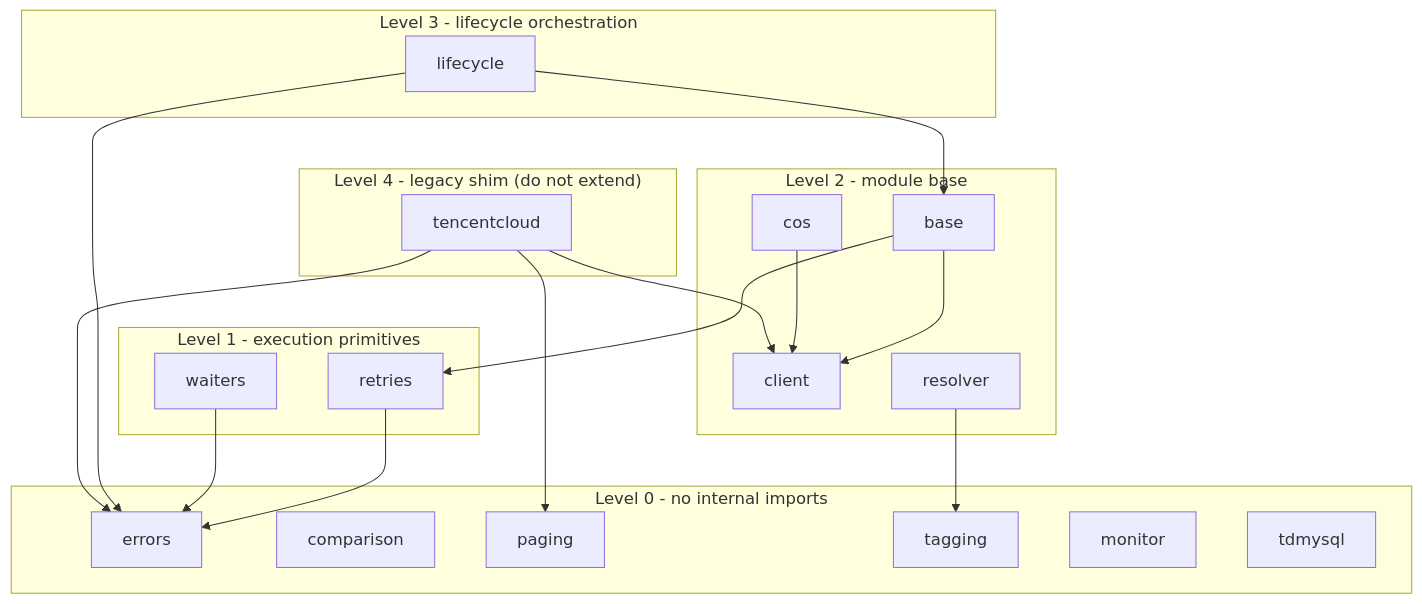
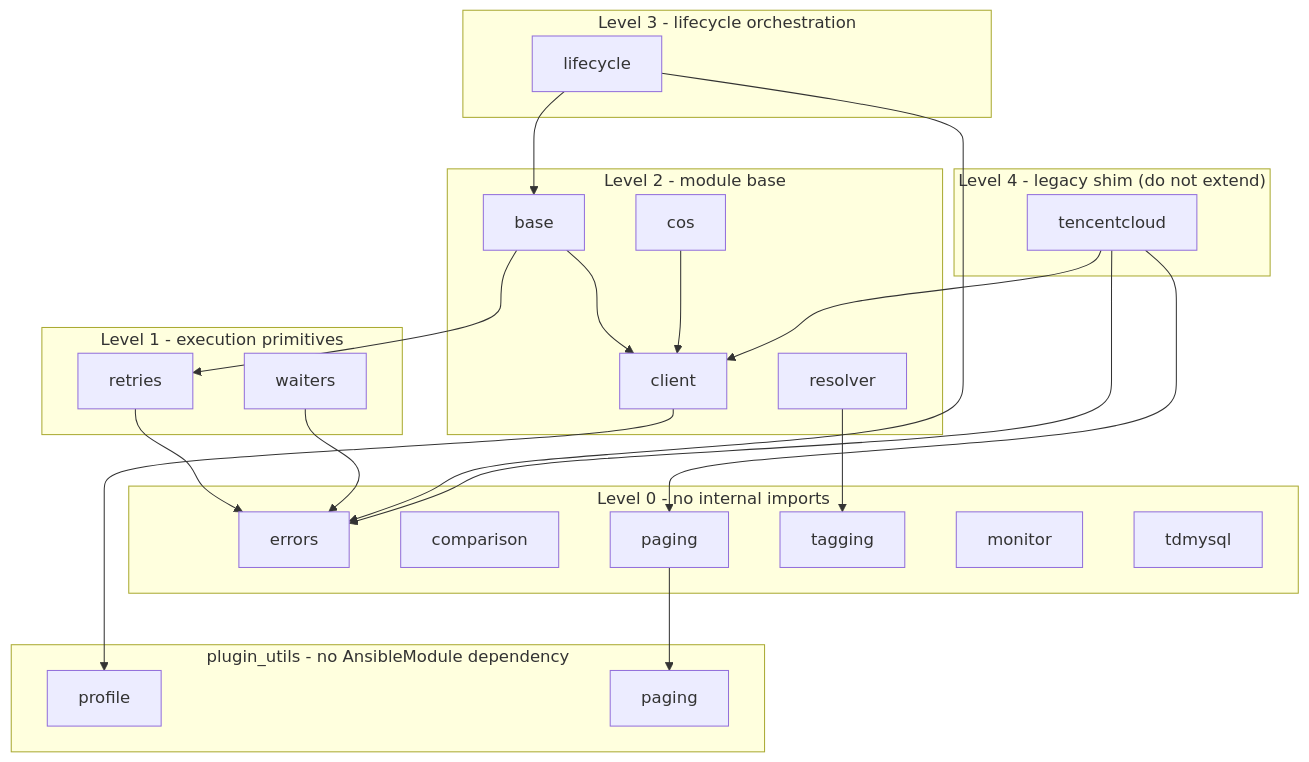
Before and after one commit to susunola/ansible-collection-tencentcloud: the diagram in plugins/module_utils/README.md, drawn with Mermaid. The commit also changed other lines of this file and 22 other files, not shown here.

````diff
--- a/plugins/module_utils/README.md
+++ b/plugins/module_utils/README.md
@@ -35,30 +40,36 @@
 ```mermaid
 graph TD
+    subgraph P0["plugin_utils - no AnsibleModule dependency"]
+        pu_profile["profile"]
+        pu_paging["paging"]
+    end
     subgraph L0["Level 0 - no internal imports"]
         errors
         comparison
         paging
         tagging
         monitor
         tdmysql
     end
     subgraph L1["Level 1 - execution primitives"]
         retries --> errors
         waiters --> errors
     end
     subgraph L2["Level 2 - module base"]
         base --> client
         base --> retries
         resolver --> tagging
         cos --> client
+        client --> pu_profile
     end
     subgraph L3["Level 3 - lifecycle orchestration"]
         lifecycle --> base
         lifecycle --> errors
     end
     subgraph L4["Level 4 - legacy shim (do not extend)"]
         tencentcloud --> client
         tencentcloud --> errors
         tencentcloud --> paging
     end
+    paging --> pu_paging
 ```
````
